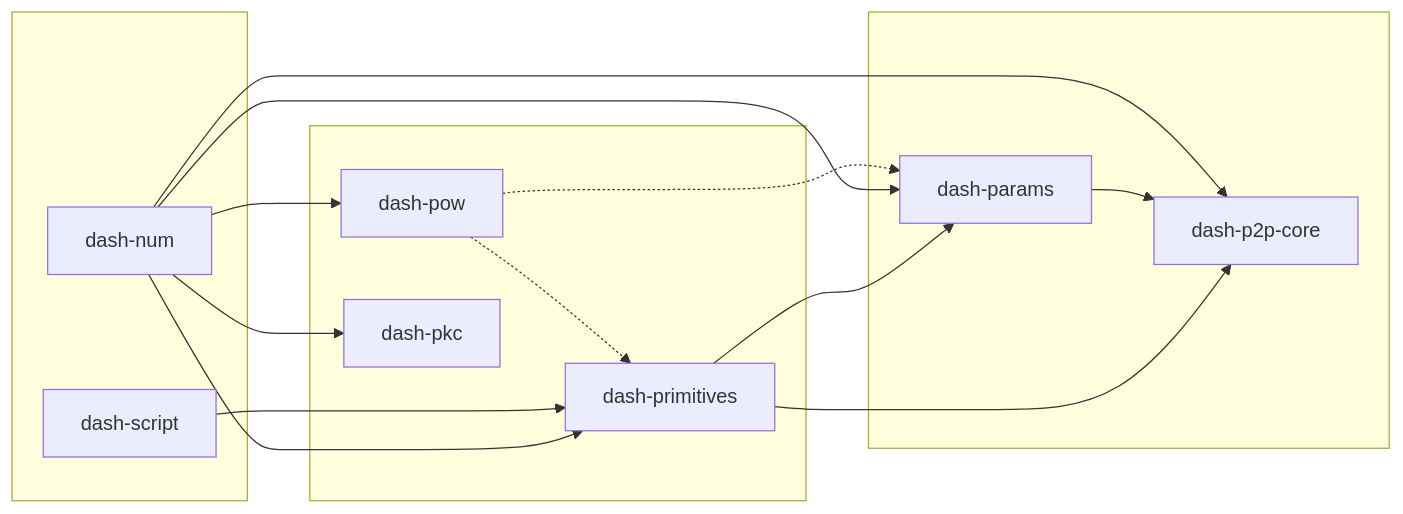
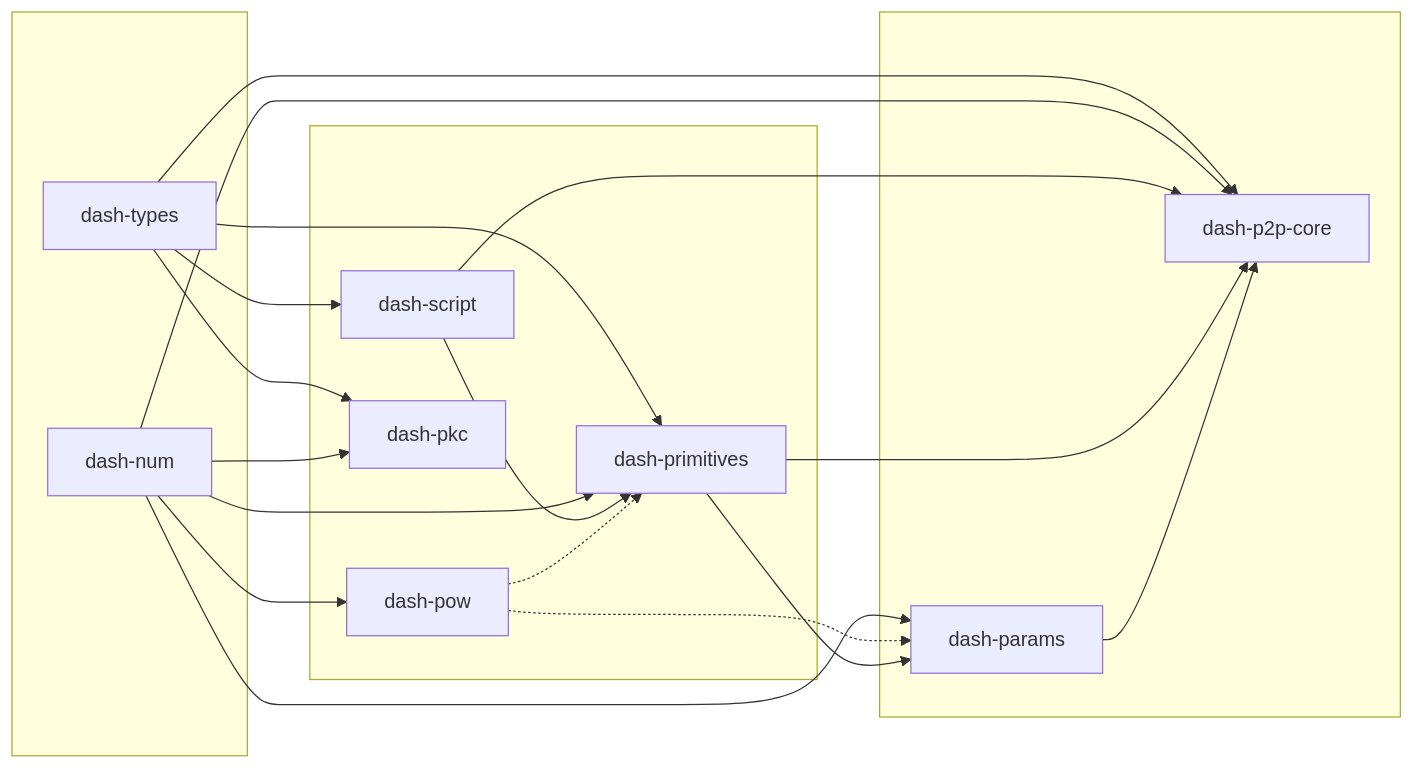
The diagram in README.md (dashpay/base-sdk), drawn with Mermaid before and after one commit. The commit also changed other lines of this file and 4 other files, not shown here.

First line of the commit message:
types%ci: add nightly + stable build, update other crates based on graph

````diff
--- a/README.md
+++ b/README.md
@@ -35,28 +36,34 @@
 ```mermaid
 graph LR
   subgraph " "
+    types[dash-types]
     num[dash-num]
-    script[dash-script]
   end
   subgraph "  "
+    script[dash-script]
     pow[dash-pow]
     pkc[dash-pkc]
     primitives[dash-primitives]
   end
   subgraph "   "
     params[dash-params]
     p2p_core[dash-p2p-core]
   end
 
+  types --> script
+  types --> pkc
+  types --> primitives
+  types --> p2p_core
   num --> pow
   num --> pkc
   num --> primitives
+  num --> params
+  num --> p2p_core
   script --> primitives
+  script --> p2p_core
   pow -.-> primitives
+  pow -.-> params
   primitives --> params
-  num --> params
-  pow -.-> params
   primitives --> p2p_core
   params --> p2p_core
-  num --> p2p_core
 ```
````
